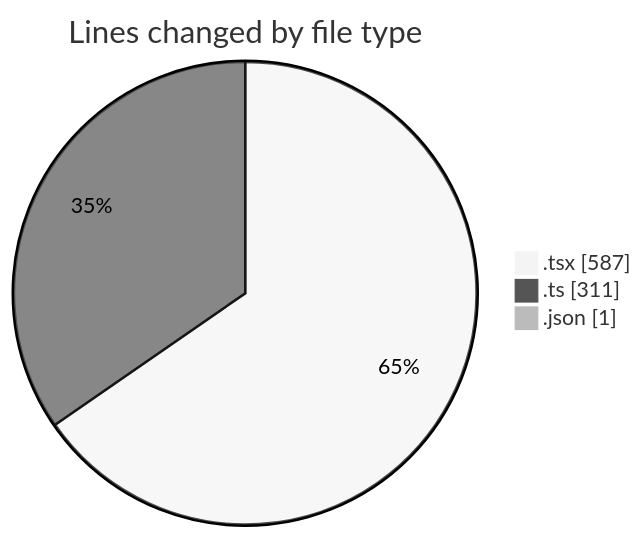
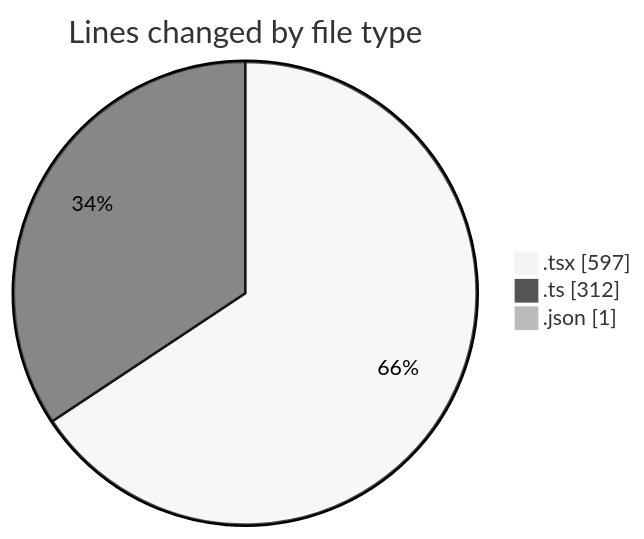
Before and after one commit to julien-gomy/code-tracking: the first of 2 diagrams in 2025-10-08/eventscop-frontend-guide__workspace_/README.md, drawn with Mermaid (neutral theme). The commit also changed other lines of this file and 1 other file, not shown here.

````diff
--- a/2025-10-08/eventscop-frontend-guide__workspace_/README.md
+++ b/2025-10-08/eventscop-frontend-guide__workspace_/README.md
@@ -26,7 +26,7 @@
 ```mermaid
 pie showData
 title Lines changed by file type
-".tsx" : 587
-".ts" : 311
+".tsx" : 597
+".ts" : 312
 ".json" : 1
 ```
````
